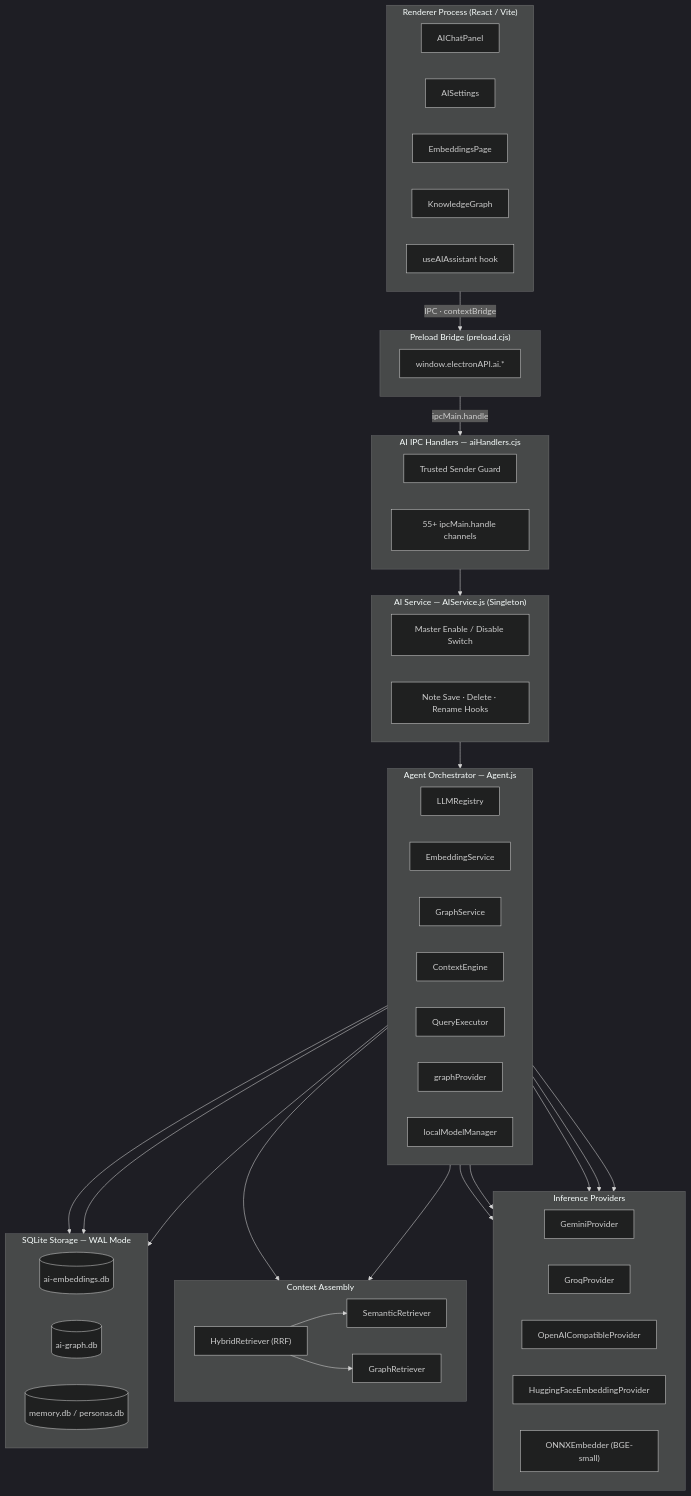
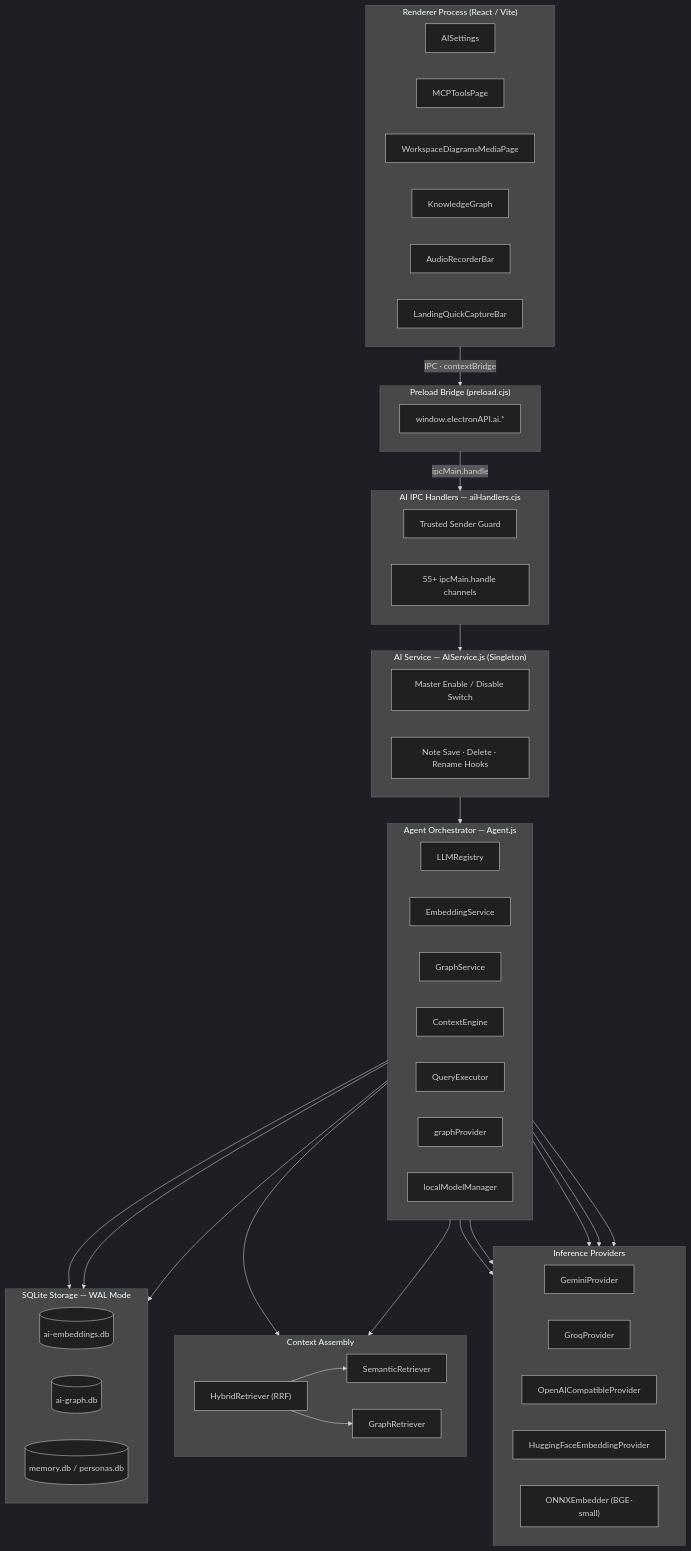
The second of 3 diagrams in docs/architecture.md (TheNotelyApp/Notely), drawn with Mermaid (dark theme) before and after one commit. The commit also changed 7 other files, not shown here.

````diff
--- a/docs/architecture.md
+++ b/docs/architecture.md
@@ -134,59 +134,59 @@
 ```mermaid
 flowchart TD
     subgraph Renderer["Renderer Process (React / Vite)"]
         direction LR
-        ACP["AIChatPanel"] & AIS["AISettings"] & EBP["EmbeddingsPage"] & KGV["KnowledgeGraph"]
-        UAI["useAIAssistant hook"]
+        AIS["AISettings"] & MCP["MCPToolsPage"] & MED["WorkspaceDiagramsMediaPage"] & KGV["KnowledgeGraph"]
+        ARB["AudioRecorderBar"] & LQC["LandingQuickCaptureBar"]
     end
 
     subgraph Preload["Preload Bridge (preload.cjs)"]
         CB["window.electronAPI.ai.*"]
     end
 
     subgraph Handlers["AI IPC Handlers — aiHandlers.cjs"]
         TRUST["Trusted Sender Guard"]
         CHAN["55+ ipcMain.handle channels"]
     end
 
     subgraph AIService["AI Service — AIService.js (Singleton)"]
         SW["Master Enable / Disable Switch"]
         HOOKS["Note Save · Delete · Rename Hooks"]
     end
 
     subgraph Agent["Agent Orchestrator — Agent.js"]
         direction LR
         LR["LLMRegistry"] & ES["EmbeddingService"] & GS["GraphService"] & CE["ContextEngine"] & QE["QueryExecutor"]
         GP["graphProvider"] & LMM["localModelManager"]
     end
 
     subgraph Providers["Inference Providers"]
         direction LR
         GEM["GeminiProvider"] & GRQ["GroqProvider"] & OAI["OpenAICompatibleProvider"]
         HFEP["HuggingFaceEmbeddingProvider"] & ONNXE["ONNXEmbedder (BGE-small)"]
     end
 
     subgraph Retrieval["Context Assembly"]
         direction LR
         SR["SemanticRetriever"] & GR["GraphRetriever"] & HR["HybridRetriever (RRF)"]
     end
 
     subgraph Storage["SQLite Storage — WAL Mode"]
         direction LR
         EMBDB[("ai-embeddings.db")] & GRDB[("ai-graph.db")] & MEMDB[("memory.db / personas.db")]
     end
 
     Renderer -->|"IPC · contextBridge"| Preload
     Preload -->|"ipcMain.handle"| Handlers
     Handlers --> AIService
     AIService --> Agent
 
     LR --> GEM & GRQ & OAI
     ES --> HFEP & ONNXE
 
     CE --> SR & GR
     HR --> SR & GR
 
     ES --> EMBDB
     GS --> GRDB
     CE --> MEMDB
 ```
````
